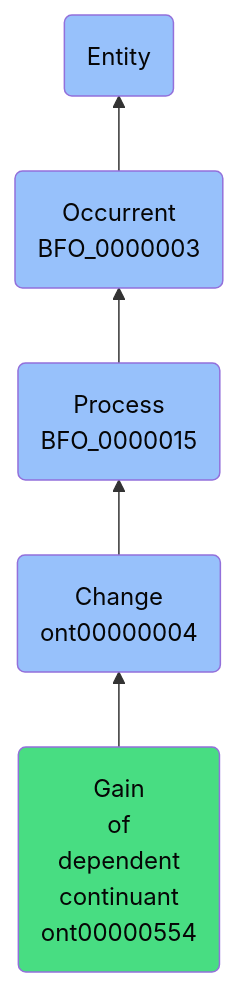
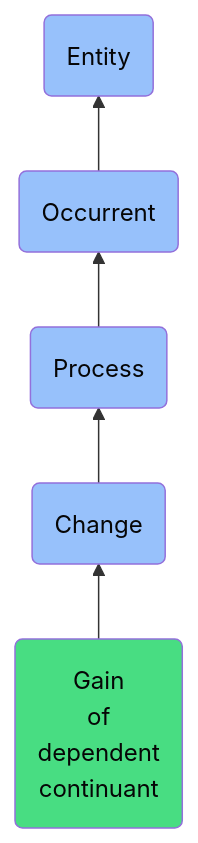
One commit to jupyter-naas/abi changed the diagram in docs/ontology/reference/model/Entity/Occurrent/Process/Change/Gain of dependent continuant/Gain of dependent continuant.md. Above: the diagram before and after it, drawn with Mermaid. The commit also changed other lines of this file and 1430 other files, not shown here.

````diff
--- a/docs/ontology/reference/model/Entity/Occurrent/Process/Change/Gain of dependent continuant/Gain of dependent continuant.md
+++ b/docs/ontology/reference/model/Entity/Occurrent/Process/Change/Gain of dependent continuant/Gain of dependent continuant.md
@@ -24,12 +24,12 @@
 ```mermaid
 graph BT
-    ont00000554(Gain<br>of<br>dependent<br>continuant<br>ont00000554):::ABI-->ont00000004
-    ont00000004(Change<br>ont00000004):::BFO-->BFO_0000015
-    BFO_0000015(Process<br>BFO_0000015):::BFO-->BFO_0000003
-    BFO_0000003(Occurrent<br>BFO_0000003):::BFO-->BFO_0000001
+    ont00000554(Gain<br>of<br>dependent<br>continuant):::ABI-->ont00000004
+    ont00000004(Change):::BFO-->BFO_0000015
+    BFO_0000015(Process):::BFO-->BFO_0000003
+    BFO_0000003(Occurrent):::BFO-->BFO_0000001
     BFO_0000001(Entity):::BFO
     
     classDef BFO fill:#97c1fb,color:#060606
     classDef CCO fill:#e4c51e,color:#060606
     classDef ABI fill:#48DD82,color:#060606
 ```
````
